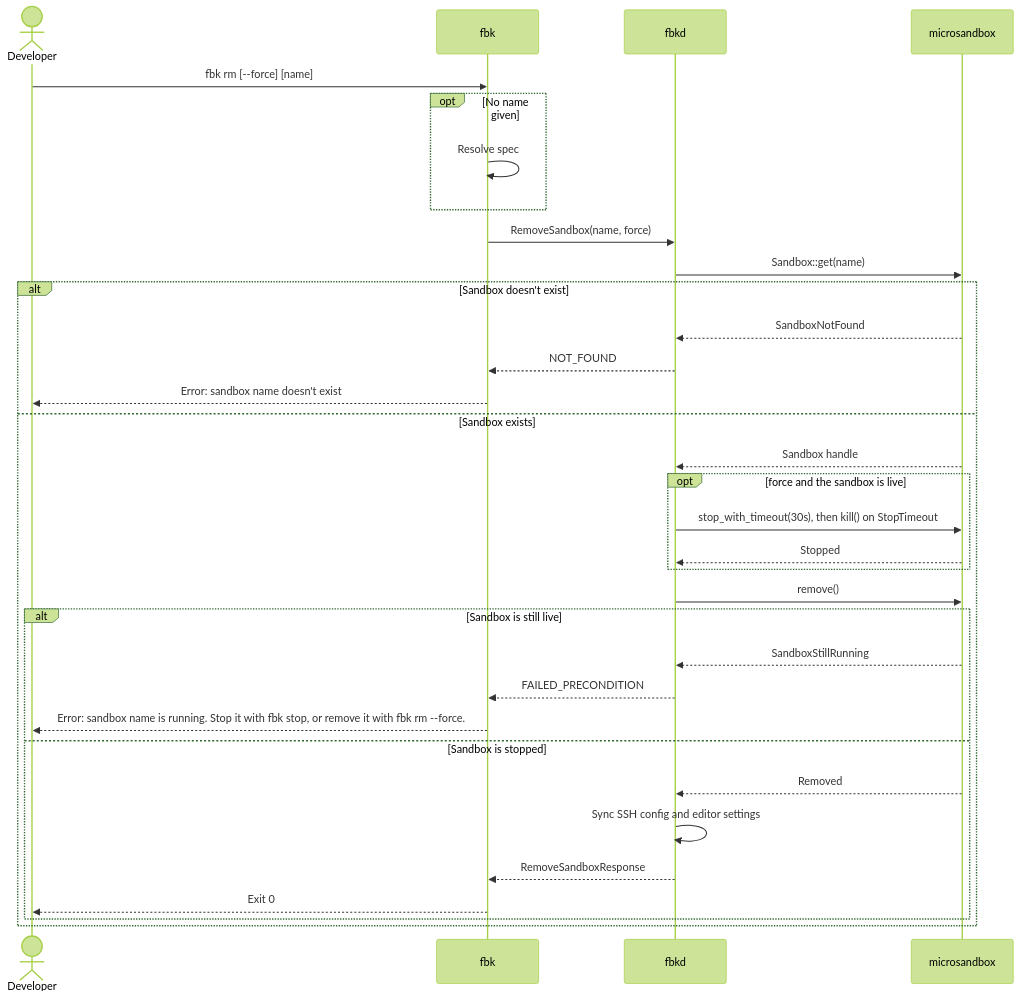
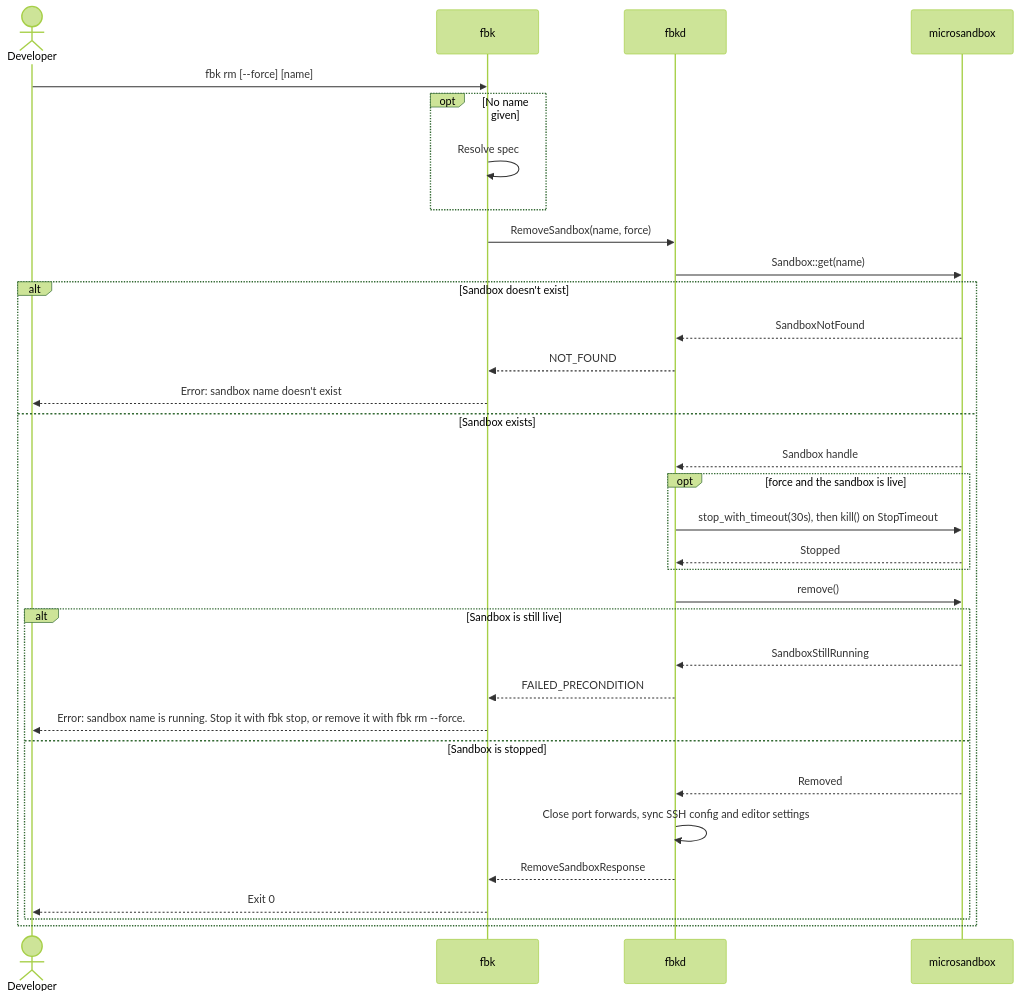
Before and after one commit to wmeints/anvil: the third of 6 diagrams in docs/architecture/06-runtime-view.md, drawn with Mermaid (forest theme). The commit also changed other lines of this file and 14 other files, not shown here.

````diff
--- a/docs/architecture/06-runtime-view.md
+++ b/docs/architecture/06-runtime-view.md
@@ -175,36 +179,36 @@
 ```mermaid
 sequenceDiagram
     actor Dev as Developer
     participant CLI as fbk
     participant D as fbkd
     participant MS as microsandbox
 
     Dev->>CLI: fbk rm [--force] [name]
     opt No name given
         CLI->>CLI: Resolve spec
     end
     CLI->>D: RemoveSandbox(name, force)
     D->>MS: Sandbox::get(name)
     alt Sandbox doesn't exist
         MS-->>D: SandboxNotFound
         D-->>CLI: NOT_FOUND
         CLI-->>Dev: Error: sandbox name doesn't exist
     else Sandbox exists
         MS-->>D: Sandbox handle
         opt force and the sandbox is live
             D->>MS: stop_with_timeout(30s), then kill() on StopTimeout
             MS-->>D: Stopped
         end
         D->>MS: remove()
         alt Sandbox is still live
             MS-->>D: SandboxStillRunning
             D-->>CLI: FAILED_PRECONDITION
             CLI-->>Dev: Error: sandbox name is running. Stop it with fbk stop, or remove it with fbk rm --force.
         else Sandbox is stopped
             MS-->>D: Removed
-            D->>D: Sync SSH config and editor settings
+            D->>D: Close port forwards, sync SSH config and editor settings
             D-->>CLI: RemoveSandboxResponse
             CLI-->>Dev: Exit 0
         end
     end
 ```
````
